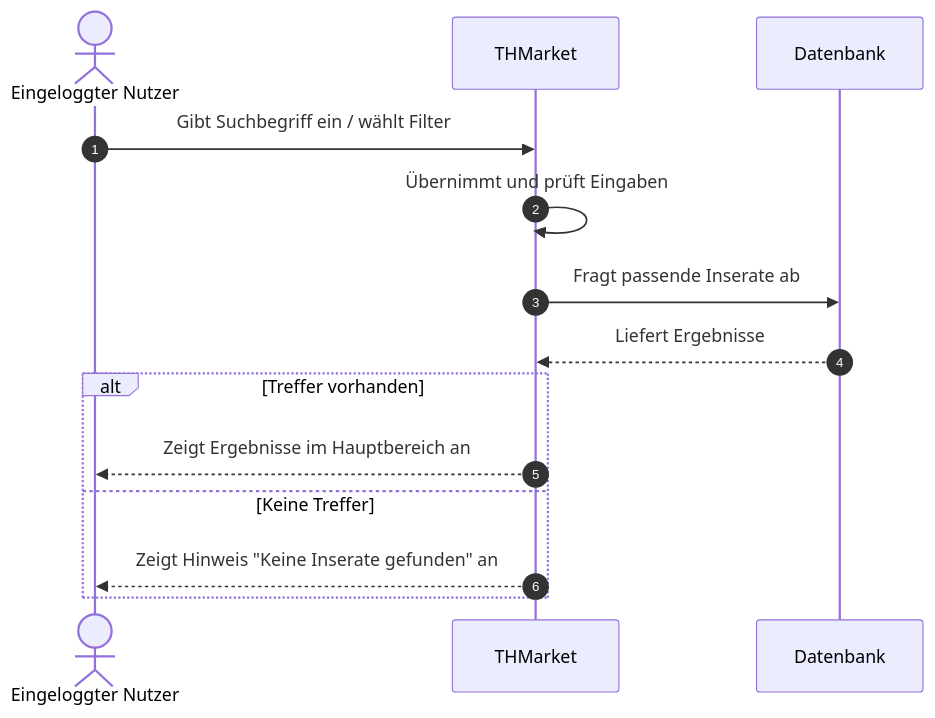
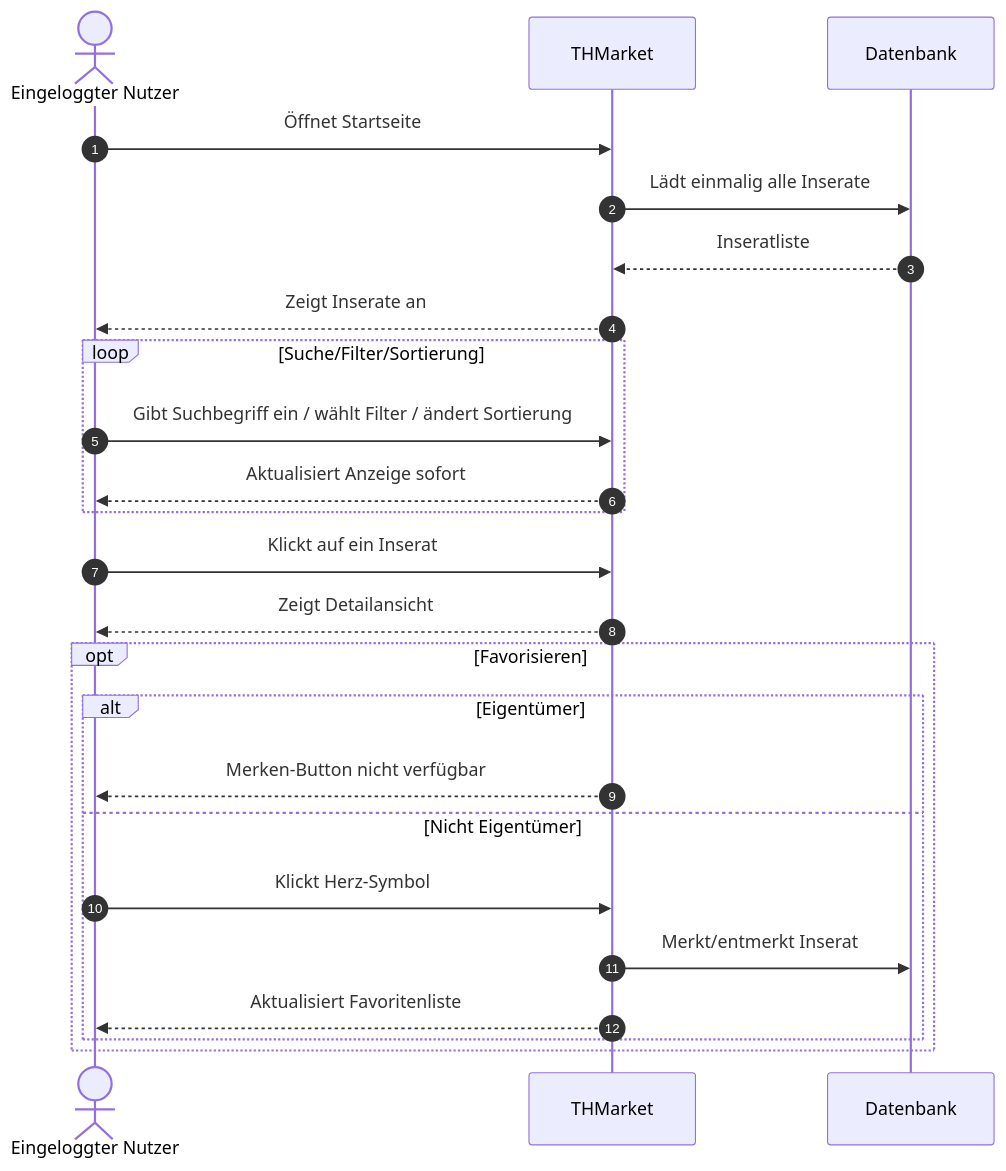
Before and after one commit to PatilYash0110/THMarket: the diagram in docs/spec/diagrams-code/f2-uc04-inserat_durchsuchen.mermaid, drawn with Mermaid. The commit also changed 17 other files, not shown here.

Commit message:
Diagramme aktualisiert, UC13-16 und weitere Diagramme ergänzt

```diff
--- a/docs/spec/diagrams-code/f2-uc04-inserat_durchsuchen.mermaid
+++ b/docs/spec/diagrams-code/f2-uc04-inserat_durchsuchen.mermaid
@@ -1,16 +1,28 @@
 sequenceDiagram
     autonumber
     actor Nutzer as Eingeloggter Nutzer
     participant System as THMarket
     participant DB as Datenbank
-    
-    Nutzer->>System: Gibt Suchbegriff ein / wählt Filter
-    System->>System: Übernimmt und prüft Eingaben
-    System->>DB: Fragt passende Inserate ab
-    DB-->>System: Liefert Ergebnisse
-    
-    alt Treffer vorhanden
-        System-->>Nutzer: Zeigt Ergebnisse im Hauptbereich an
-    else Keine Treffer
-        System-->>Nutzer: Zeigt Hinweis "Keine Inserate gefunden" an
+
+    Nutzer->>System: Öffnet Startseite
+    System->>DB: Lädt einmalig alle Inserate
+    DB-->>System: Inseratliste
+    System-->>Nutzer: Zeigt Inserate an
+
+    loop Suche/Filter/Sortierung
+        Nutzer->>System: Gibt Suchbegriff ein / wählt Filter / ändert Sortierung
+        System-->>Nutzer: Aktualisiert Anzeige sofort
     end
+
+    Nutzer->>System: Klickt auf ein Inserat
+    System-->>Nutzer: Zeigt Detailansicht
+
+    opt Favorisieren
+        alt Eigentümer
+            System-->>Nutzer: Merken-Button nicht verfügbar
+        else Nicht Eigentümer
+                Nutzer->>System: Klickt Herz-Symbol
+                System->>DB: Merkt/entmerkt Inserat
+                System-->>Nutzer: Aktualisiert Favoritenliste
+        end
+    end
```
